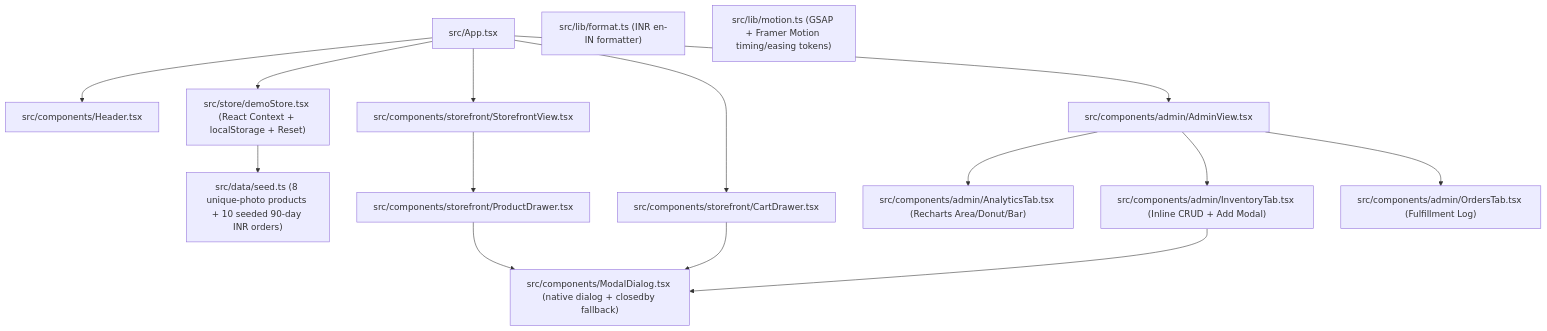
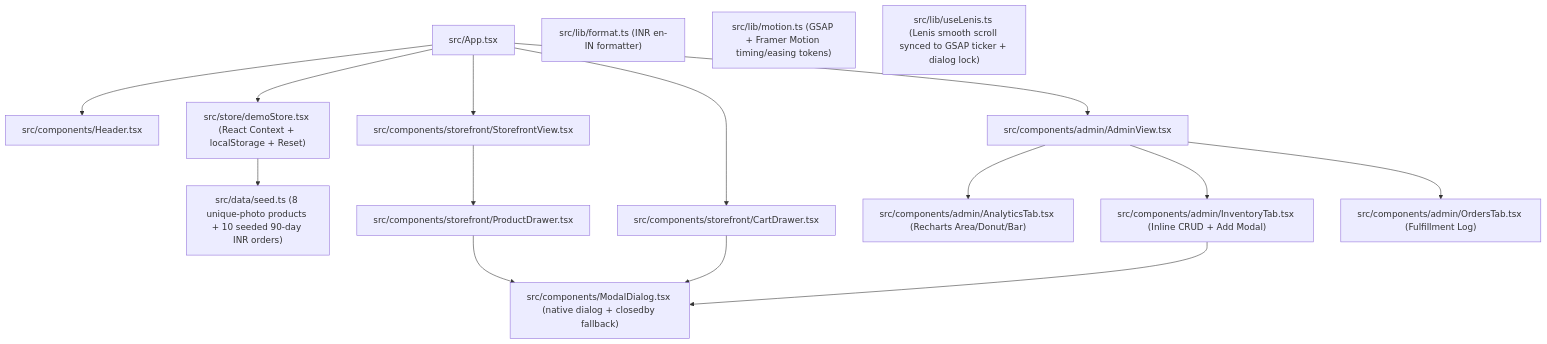
One commit to NullErrOR-404/Ecom-Demo2 changed the diagram in docs/blueprint/KNOWLEDGE_GRAPH.md. Above: the diagram before and after it, drawn with Mermaid. The commit also changed 11 other files, not shown here.

Commit message:
feat: add Lenis smooth scroll synced with GSAP and full-viewport fluid responsive architecture

````diff
--- a/docs/blueprint/KNOWLEDGE_GRAPH.md
+++ b/docs/blueprint/KNOWLEDGE_GRAPH.md
@@ -17,26 +17,27 @@
 ```mermaid
 flowchart TD
   App["src/App.tsx"]
   Header["src/components/Header.tsx"]
   Modal["src/components/ModalDialog.tsx (native dialog + closedby fallback)"]
   Store["src/store/demoStore.tsx (React Context + localStorage + Reset)"]
   Seed["src/data/seed.ts (8 unique-photo products + 10 seeded 90-day INR orders)"]
   Format["src/lib/format.ts (INR en-IN formatter)"]
   Motion["src/lib/motion.ts (GSAP + Framer Motion timing/easing tokens)"]
+  Lenis["src/lib/useLenis.ts (Lenis smooth scroll synced to GSAP ticker + dialog lock)"]
 
   App --> Header
   App --> Store
   Store --> Seed
   App --> Storefront["src/components/storefront/StorefrontView.tsx"]
   App --> Admin["src/components/admin/AdminView.tsx"]
   App --> Cart["src/components/storefront/CartDrawer.tsx"]
 
   Storefront --> Detail["src/components/storefront/ProductDrawer.tsx"]
   Detail --> Modal
   Cart --> Modal
 
   Admin --> Analytics["src/components/admin/AnalyticsTab.tsx (Recharts Area/Donut/Bar)"]
   Admin --> Inventory["src/components/admin/InventoryTab.tsx (Inline CRUD + Add Modal)"]
   Admin --> Orders["src/components/admin/OrdersTab.tsx (Fulfillment Log)"]
   Inventory --> Modal
 ```
````
